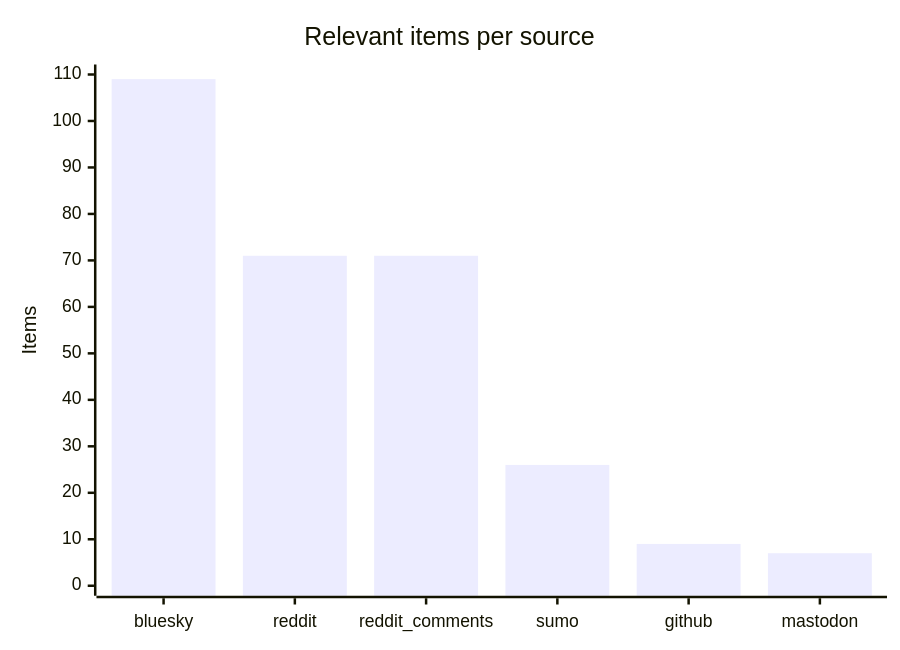
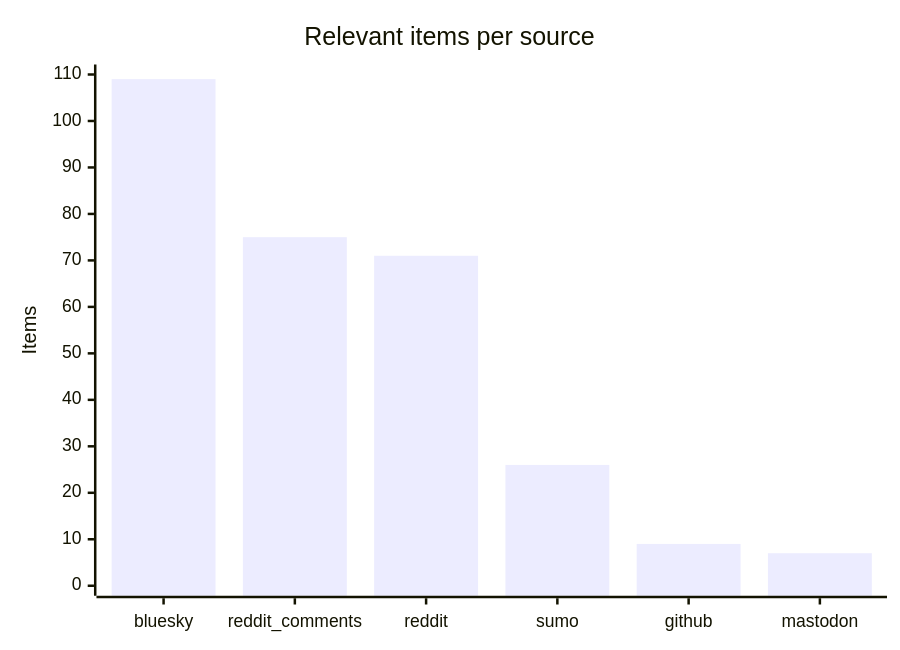
The third of 4 diagrams in README.md (martinbalfanz/social-scanner-reports), drawn with Mermaid before and after one commit. The commit also changed other lines of this file and 2 other files, not shown here.

````diff
--- a/README.md
+++ b/README.md
@@ -48,7 +48,7 @@
 ```mermaid
 xychart-beta
     title "Relevant items per source"
-    x-axis ["bluesky", "reddit", "reddit_comments", "sumo", "github", "mastodon"]
+    x-axis ["bluesky", "reddit_comments", "reddit", "sumo", "github", "mastodon"]
     y-axis "Items" 0 --> 110
-    bar [109, 71, 71, 26, 9, 7]
+    bar [109, 75, 71, 26, 9, 7]
 ```
````
